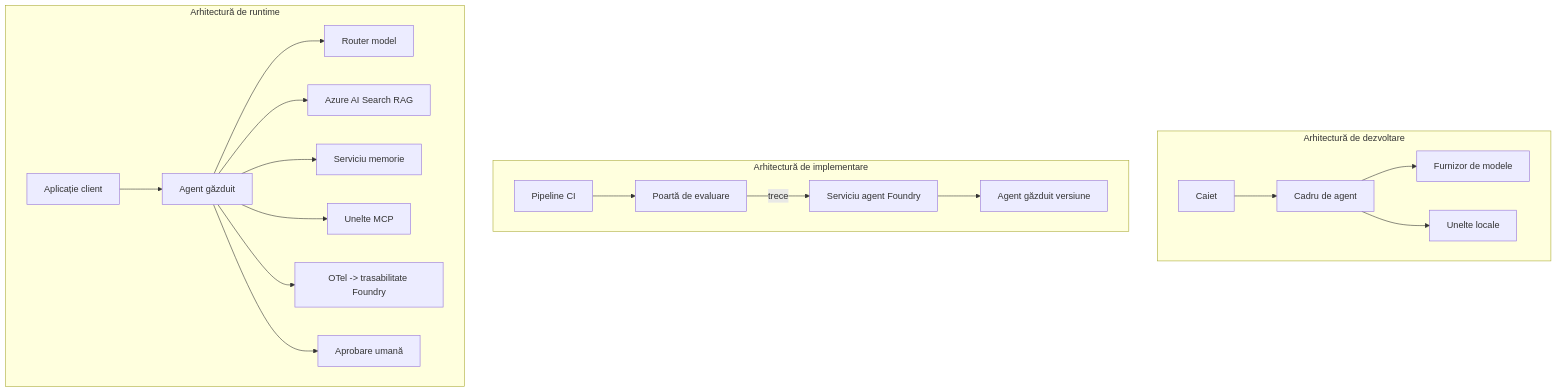
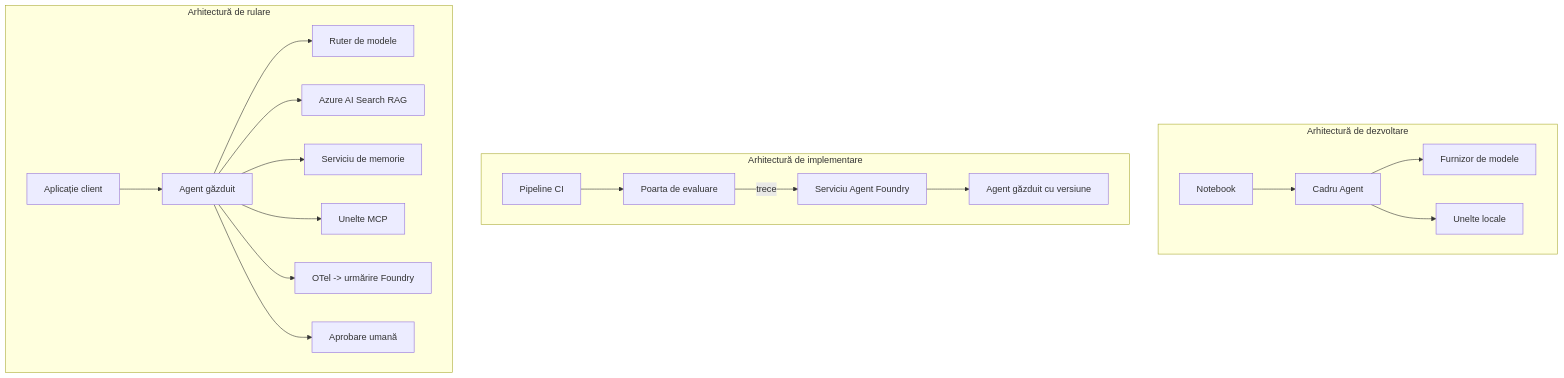
One commit to microsoft/ai-agents-for-beginners changed the fourth of 4 diagrams in translations/ro/16-deploying-scalable-agents/README.md. Above: the diagram before and after it, drawn with Mermaid. The commit also changed other lines of this file and 46 other files, not shown here.

````diff
--- a/translations/ro/16-deploying-scalable-agents/README.md
+++ b/translations/ro/16-deploying-scalable-agents/README.md
@@ -185,22 +185,22 @@
 ```mermaid
 flowchart TB
     subgraph Dev[Arhitectură de dezvoltare]
-        D1[Caiet] --> D2[Cadru de agent]
+        D1[Notebook] --> D2[Cadru Agent]
         D2 --> D3[Furnizor de modele]
         D2 --> D4[Unelte locale]
     end
     subgraph Deploy[Arhitectură de implementare]
-        E1[Pipeline CI] --> E2[Poartă de evaluare]
-        E2 -->|trece| E3[Serviciu agent Foundry]
-        E3 --> E4[Agent găzduit versiune]
+        E1[Pipeline CI] --> E2[Poarta de evaluare]
+        E2 -->|trece| E3[Serviciu Agent Foundry]
+        E3 --> E4[Agent găzduit cu versiune]
     end
-    subgraph Run[Arhitectură de runtime]
+    subgraph Run[Arhitectură de rulare]
         F1[Aplicație client] --> F2[Agent găzduit]
-        F2 --> F3[Router model]
+        F2 --> F3[Ruter de modele]
         F2 --> F4[Azure AI Search RAG]
-        F2 --> F5[Serviciu memorie]
+        F2 --> F5[Serviciu de memorie]
         F2 --> F6[Unelte MCP]
-        F2 --> F7[OTel -> trasabilitate Foundry]
+        F2 --> F7[OTel -> urmărire Foundry]
         F2 --> F8[Aprobare umană]
     end
 ```
````
